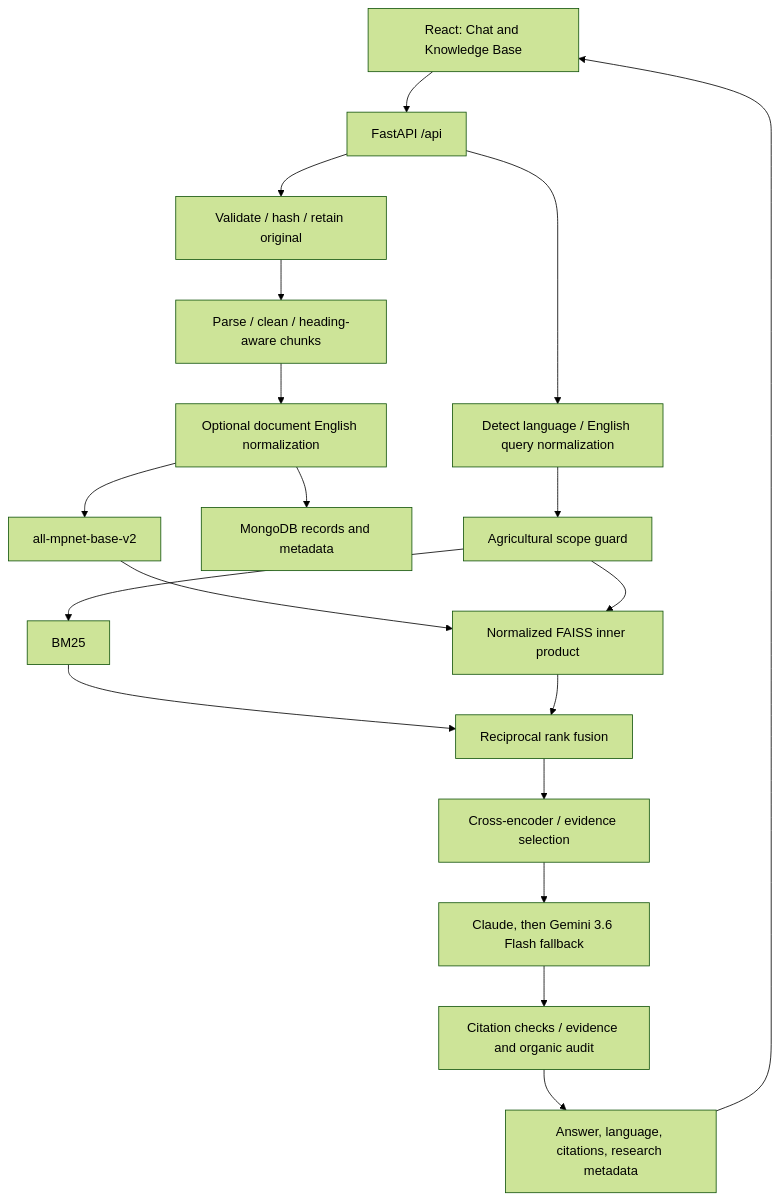
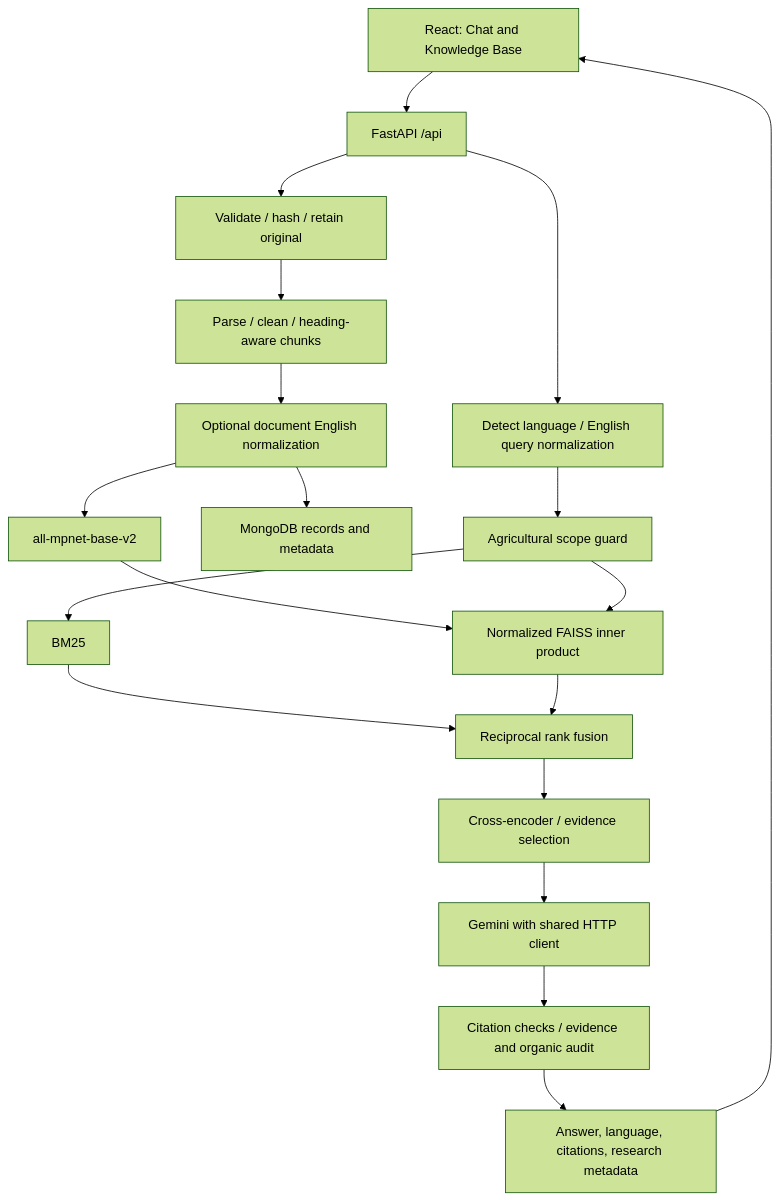
The diagram in ARCHITECTURE.md (AkritiSah/mini), drawn with Mermaid (forest theme) before and after one commit. The commit also changed other lines of this file and 41 other files, not shown here.

````diff
--- a/ARCHITECTURE.md
+++ b/ARCHITECTURE.md
@@ -3,21 +3,21 @@
 ```mermaid
 flowchart TD
     UI[React: Chat and Knowledge Base] --> API[FastAPI /api]
     API --> Upload[Validate / hash / retain original]
     Upload --> Extract[Parse / clean / heading-aware chunks]
     Extract --> Normalize[Optional document English normalization]
     Normalize --> MPNet[all-mpnet-base-v2]
     MPNet --> FAISS[Normalized FAISS inner product]
     Normalize --> Mongo[MongoDB records and metadata]
     API --> Language[Detect language / English query normalization]
     Language --> Scope[Agricultural scope guard]
     Scope --> BM25[BM25]
     Scope --> FAISS
     BM25 --> RRF[Reciprocal rank fusion]
     FAISS --> RRF
     RRF --> Rerank[Cross-encoder / evidence selection]
-    Rerank --> LLM[Claude, then Gemini 3.6 Flash fallback]
+    Rerank --> LLM[Gemini with shared HTTP client]
     LLM --> Audit[Citation checks / evidence and organic audit]
     Audit --> Answer[Answer, language, citations, research metadata]
     Answer --> UI
 ```
````
